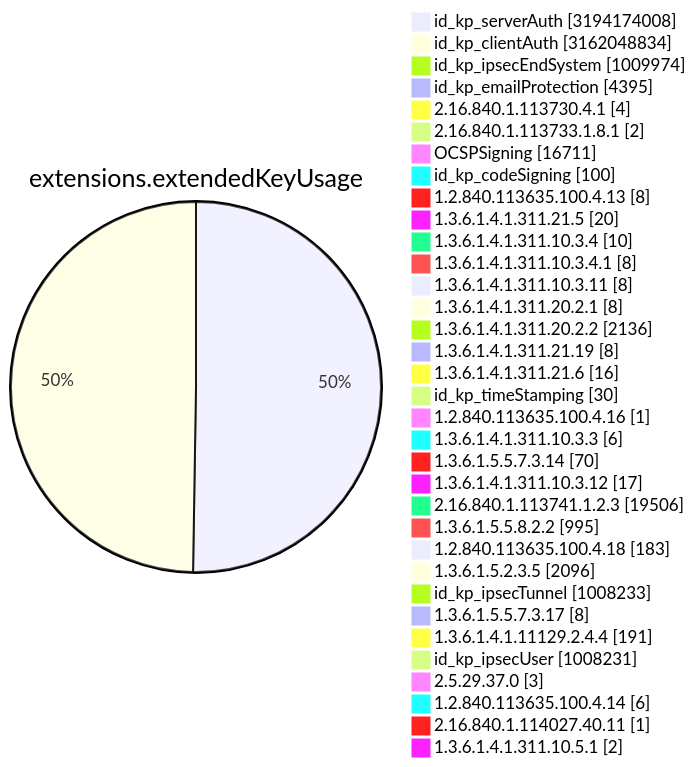
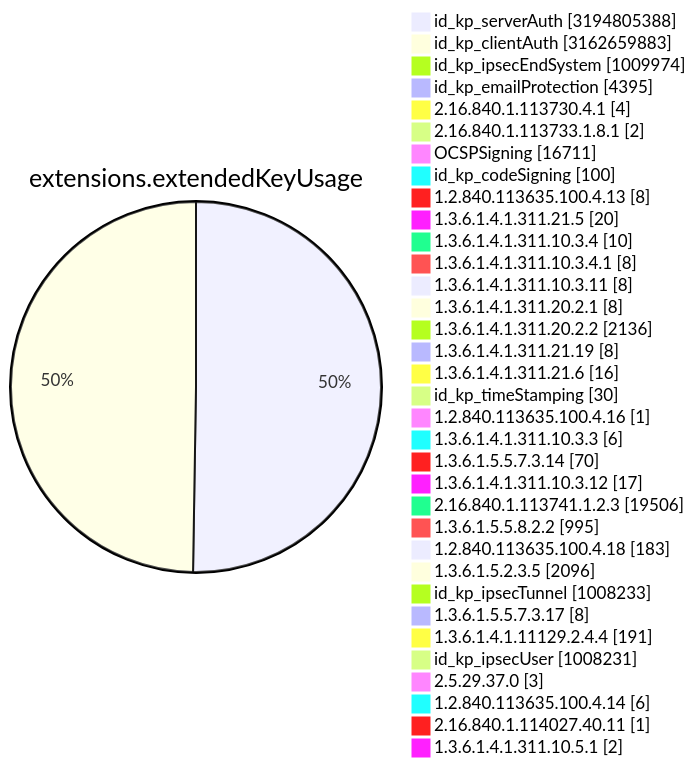
Before and after one commit to christiankrug/ctmonitor_visualization: diagram 11 of 15 in TOTAL/README.md, drawn with Mermaid. The commit also changed other lines of this file, not shown here.

````diff
--- a/TOTAL/README.md
+++ b/TOTAL/README.md
@@ -4119,38 +4119,38 @@
 ```mermaid
 pie showData
 title extensions.extendedKeyUsage
-"id_kp_serverAuth" :3194174008
-"id_kp_clientAuth" :3162048834
+"id_kp_serverAuth" :3194805388
+"id_kp_clientAuth" :3162659883
 "id_kp_ipsecEndSystem" :1009974
 "id_kp_emailProtection" :4395
 "2.16.840.1.113730.4.1" :4
 "2.16.840.1.113733.1.8.1" :2
 "OCSPSigning" :16711
 "id_kp_codeSigning" :100
 "1.2.840.113635.100.4.13" :8
 "1.3.6.1.4.1.311.21.5" :20
 "1.3.6.1.4.1.311.10.3.4" :10
 "1.3.6.1.4.1.311.10.3.4.1" :8
 "1.3.6.1.4.1.311.10.3.11" :8
 "1.3.6.1.4.1.311.20.2.1" :8
 "1.3.6.1.4.1.311.20.2.2" :2136
 "1.3.6.1.4.1.311.21.19" :8
 "1.3.6.1.4.1.311.21.6" :16
 "id_kp_timeStamping" :30
 "1.2.840.113635.100.4.16" :1
 "1.3.6.1.4.1.311.10.3.3" :6
 "1.3.6.1.5.5.7.3.14" :70
 "1.3.6.1.4.1.311.10.3.12" :17
 "2.16.840.1.113741.1.2.3" :19506
 "1.3.6.1.5.5.8.2.2" :995
 "1.2.840.113635.100.4.18" :183
 "1.3.6.1.5.2.3.5" :2096
 "id_kp_ipsecTunnel" :1008233
 "1.3.6.1.5.5.7.3.17" :8
 "1.3.6.1.4.1.11129.2.4.4" :191
 "id_kp_ipsecUser" :1008231
 "2.5.29.37.0" :3
 "1.2.840.113635.100.4.14" :6
 "2.16.840.1.114027.40.11" :1
 "1.3.6.1.4.1.311.10.5.1" :2
 ```
````
